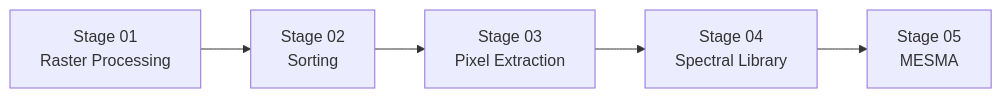
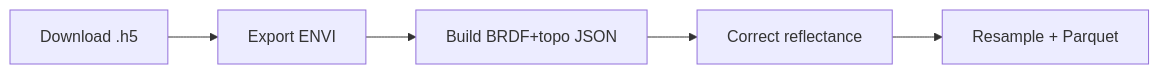
The diagram in docs/index.md (earthlab/cross-sensor-cal), drawn with Mermaid before and after one commit. The commit also changed other lines of this file and 6 other files, not shown here.

````diff
--- a/docs/index.md
+++ b/docs/index.md
@@ -33,9 +33,9 @@
 ```mermaid
 flowchart LR
-    R[Stage 01\nRaster Processing]
-    S[Stage 02\nSorting]
-    P[Stage 03\nPixel Extraction]
-    L[Stage 04\nSpectral Library]
-    M[Stage 05\nMESMA]
-    R --> S --> P --> L --> M
+    D[Download .h5]
+    E[Export ENVI]
+    J[Build BRDF+topo JSON]
+    C[Correct reflectance]
+    R[Resample + Parquet]
+    D --> E --> J --> C --> R
 ```
````
